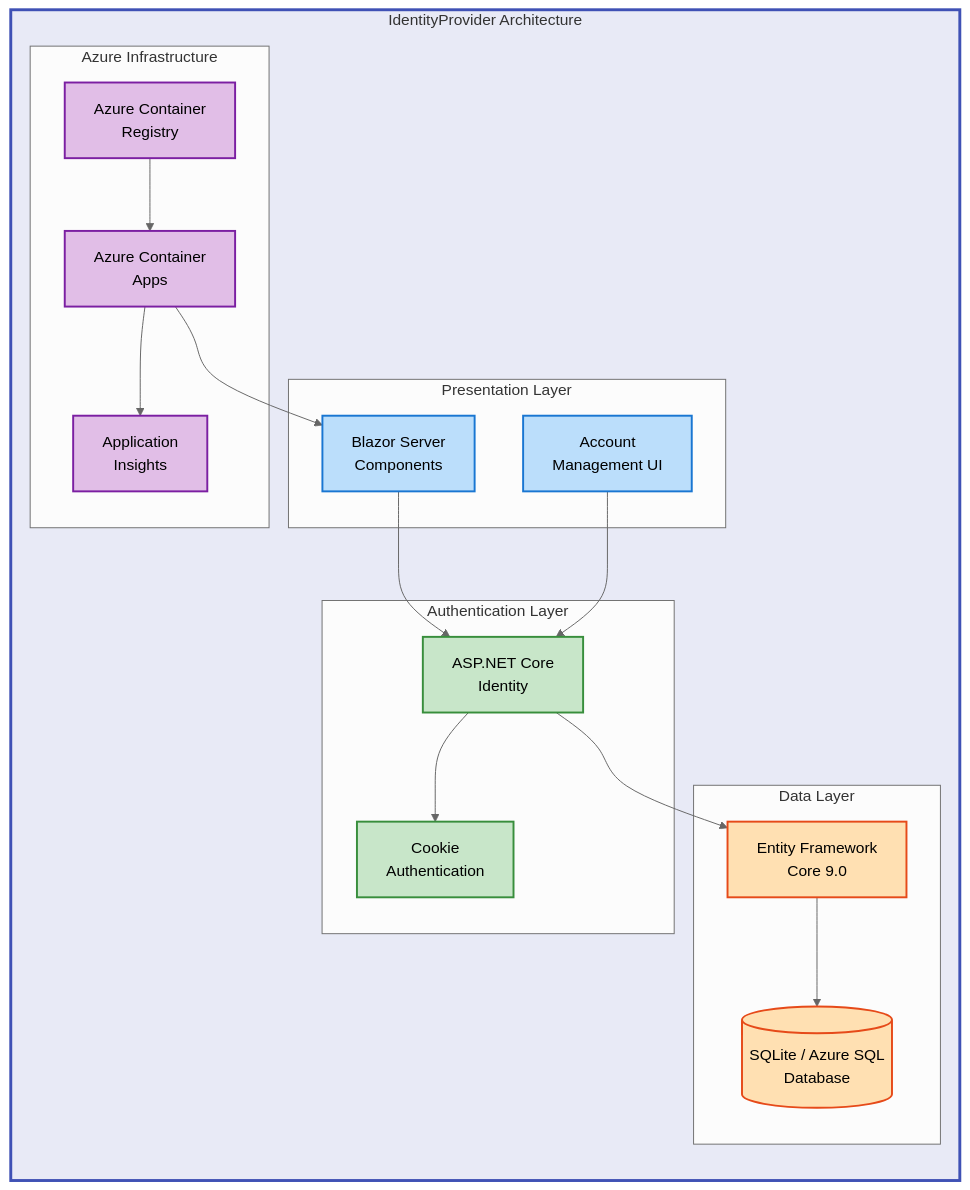
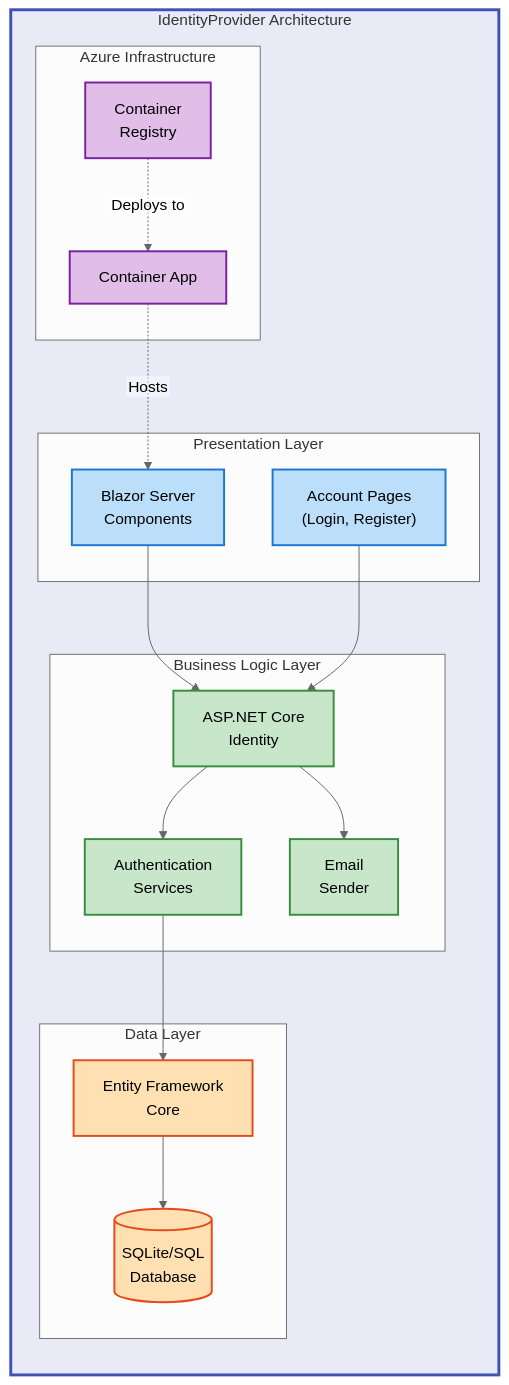
Before and after one commit to Evilazaro/IdentityProvider: the diagram in README.md, drawn with Mermaid (neutral theme). The commit also changed other lines of this file, not shown here.

````diff
--- a/README.md
+++ b/README.md
@@ -47,46 +39,46 @@
 ```mermaid
 %%{init: {"flowchart": {"htmlLabels": false}} }%%
 flowchart TB
     classDef mainGroup fill:#E8EAF6,stroke:#3F51B5,stroke-width:3px,color:#000
     classDef mdBlue fill:#BBDEFB,stroke:#1976D2,stroke-width:2px,color:#000
     classDef mdGreen fill:#C8E6C9,stroke:#388E3C,stroke-width:2px,color:#000
     classDef mdOrange fill:#FFE0B2,stroke:#E64A19,stroke-width:2px,color:#000
     classDef mdPurple fill:#E1BEE7,stroke:#7B1FA2,stroke-width:2px,color:#000
 
     subgraph system["IdentityProvider Architecture"]
         direction TB
 
         subgraph presentation["Presentation Layer"]
             blazor["Blazor Server<br/>Components"]:::mdBlue
-            account["Account<br/>Management UI"]:::mdBlue
+            pages["Account Pages<br/>(Login, Register)"]:::mdBlue
         end
 
-        subgraph auth["Authentication Layer"]
+        subgraph business["Business Logic Layer"]
             identity["ASP.NET Core<br/>Identity"]:::mdGreen
-            cookie["Cookie<br/>Authentication"]:::mdGreen
+            auth["Authentication<br/>Services"]:::mdGreen
+            email["Email<br/>Sender"]:::mdGreen
         end
 
         subgraph data["Data Layer"]
-            efcore["Entity Framework<br/>Core 9.0"]:::mdOrange
-            db[("SQLite / Azure SQL<br/>Database")]:::mdOrange
+            ef["Entity Framework<br/>Core"]:::mdOrange
+            db[("SQLite/SQL<br/>Database")]:::mdOrange
         end
 
-        subgraph azure["Azure Infrastructure"]
-            containerApp["Azure Container<br/>Apps"]:::mdPurple
-            acr["Azure Container<br/>Registry"]:::mdPurple
-            monitor["Application<br/>Insights"]:::mdPurple
+        subgraph cloud["Azure Infrastructure"]
+            containerapp["Container App"]:::mdPurple
+            acr["Container<br/>Registry"]:::mdPurple
         end
 
         blazor --> identity
-        account --> identity
-        identity --> cookie
-        identity --> efcore
-        efcore --> db
+        pages --> identity
+        identity --> auth
+        identity --> email
+        auth --> ef
+        ef --> db
 
-        containerApp --> blazor
-        containerApp --> monitor
-        acr --> containerApp
+        containerapp -.->|"Hosts"| blazor
+        acr -.->|"Deploys to"| containerapp
     end
 
     style system fill:#E8EAF6,stroke:#3F51B5,stroke-width:3px
 ```
````
